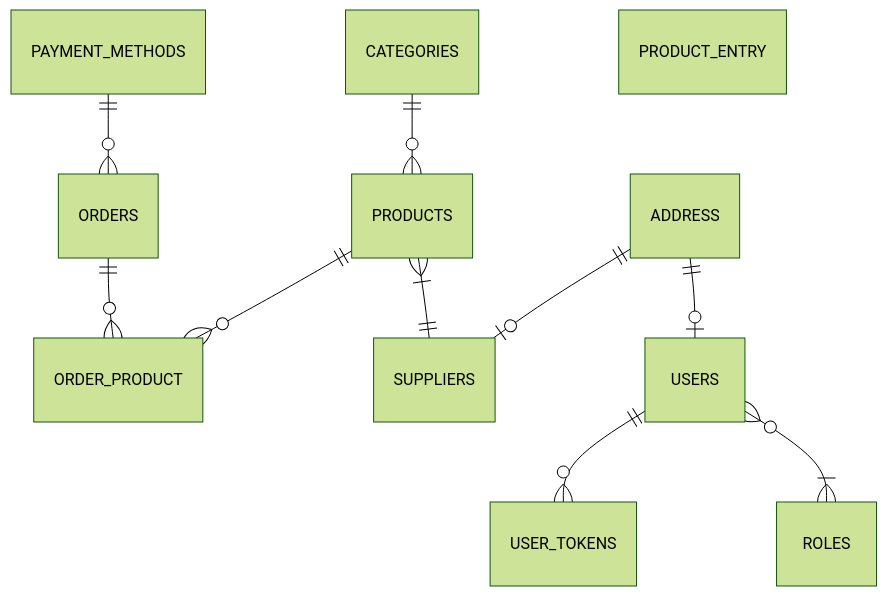
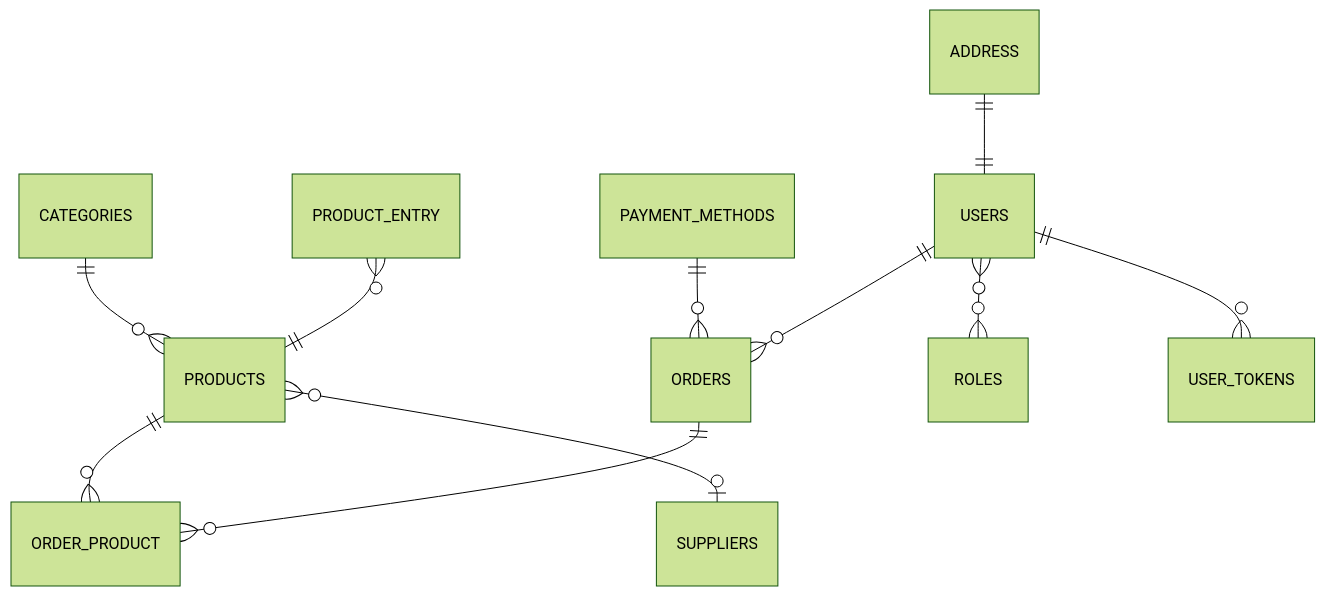
Before and after one commit to DelanoAlmeidaFilho/delivery_project: the diagram in README.md, drawn with Mermaid (forest theme). The commit also changed other lines of this file, not shown here.

Commit message:
update readme: update entity relationship diagram

````diff
--- a/README.md
+++ b/README.md
@@ -5,13 +5,13 @@
 ```mermaid
 erDiagram
     CATEGORIES ||--o{ PRODUCTS : ""
-    PRODUCTS }|--|| SUPPLIERS : ""
     PRODUCTS ||--o{ ORDER_PRODUCT : ""
     ORDERS ||--o{ ORDER_PRODUCT : ""
     PAYMENT_METHODS ||--o{ ORDERS: ""
-    USERS }o--|{ ROLES : ""
+    USERS }o--o{ ROLES : ""
     USERS ||--o{ USER_TOKENS : ""
-    ADDRESS ||--o| USERS : ""
-    ADDRESS ||--o| SUPPLIERS : ""
-    PRODUCT_ENTRY
+    ADDRESS ||--|| USERS : ""
+    PRODUCT_ENTRY}o--|| PRODUCTS : ""
+    USERS ||--o{ ORDERS : ""
+    PRODUCTS }o--o| SUPPLIERS : ""
 ```
````
